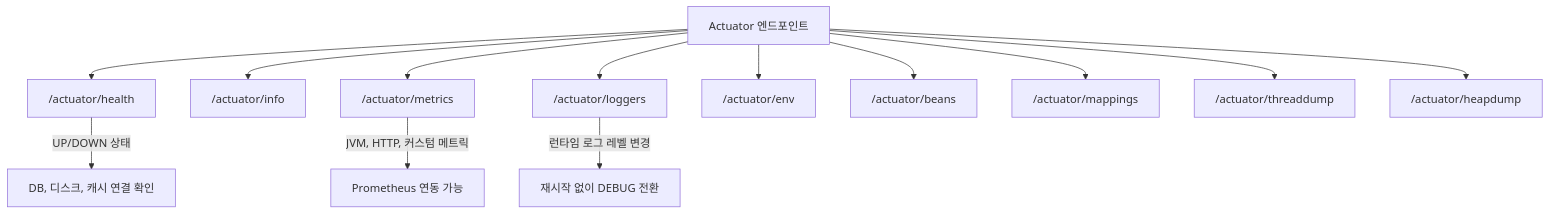
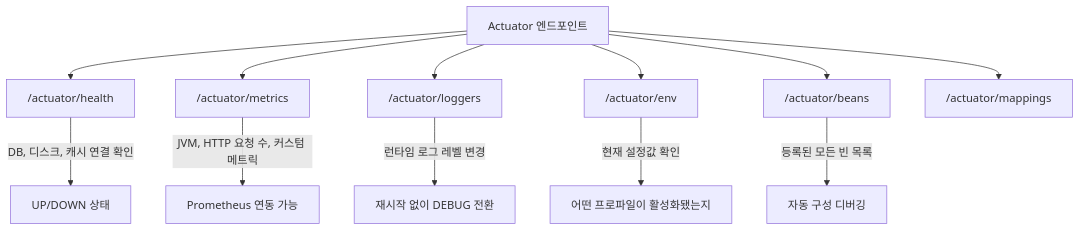
Before and after one commit to yjkim2015/yjkim2015.github.io: the sixth of 7 diagrams in _posts/spring/2026-05-02-spring-boot-autoconfigure.md, drawn with Mermaid. The commit also changed other lines of this file and 92 other files, not shown here.

First line of the commit message:
Major quality rewrite: 98 files, Mermaid fix, extreme-scenario component

````diff
--- a/_posts/spring/2026-05-02-spring-boot-autoconfigure.md
+++ b/_posts/spring/2026-05-02-spring-boot-autoconfigure.md
@@ -533,16 +535,15 @@
 ```mermaid
 graph TD
     A["Actuator 엔드포인트"] --> B["/actuator/health"]
-    A --> C["/actuator/info"]
-    A --> D["/actuator/metrics"]
-    A --> E["/actuator/loggers"]
-    A --> F["/actuator/env"]
-    A --> G["/actuator/beans"]
-    A --> H["/actuator/mappings"]
-    A --> I["/actuator/threaddump"]
-    A --> J["/actuator/heapdump"]
+    A --> C["/actuator/metrics"]
+    A --> D["/actuator/loggers"]
+    A --> E["/actuator/env"]
+    A --> F["/actuator/beans"]
+    A --> G["/actuator/mappings"]
 
-    B -->|"UP/DOWN 상태"| K["DB, 디스크, 캐시 연결 확인"]
-    D -->|"JVM, HTTP, 커스텀 메트릭"| L["Prometheus 연동 가능"]
-    E -->|"런타임 로그 레벨 변경"| M["재시작 없이 DEBUG 전환"]
+    B -->|"DB, 디스크, 캐시 연결 확인"| H["UP/DOWN 상태"]
+    C -->|"JVM, HTTP 요청 수, 커스텀 메트릭"| I["Prometheus 연동 가능"]
+    D -->|"런타임 로그 레벨 변경"| J["재시작 없이 DEBUG 전환"]
+    E -->|"현재 설정값 확인"| K["어떤 프로파일이 활성화됐는지"]
+    F -->|"등록된 모든 빈 목록"| L["자동 구성 디버깅"]
 ```
````
